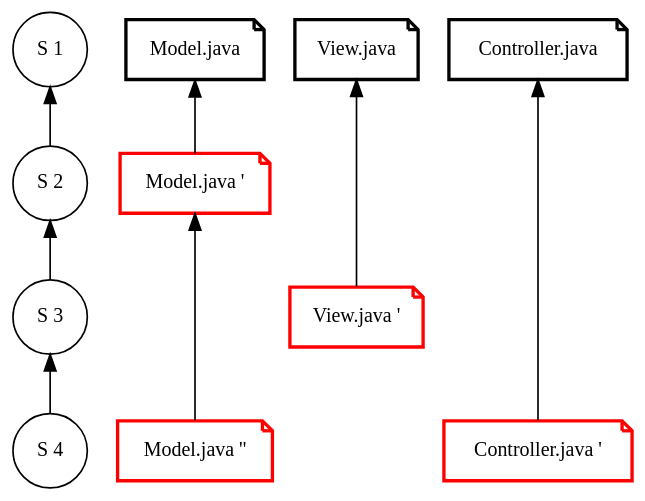
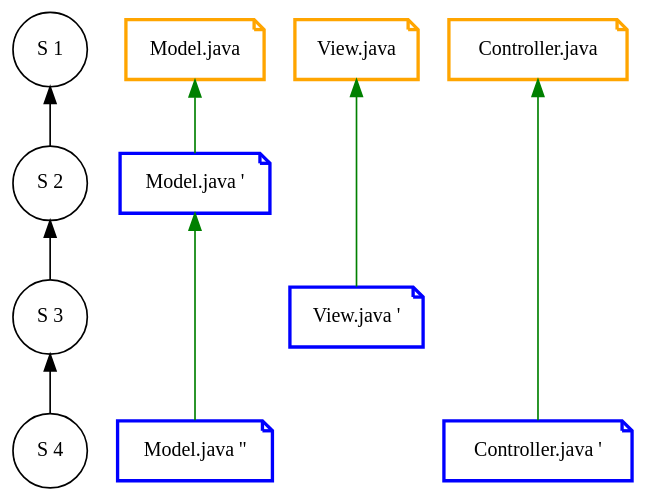
Before and after one commit to Gepardec/git-training: the diagram in slides/intro/src/docs/asciidoc/graphviz/git-data-storage.dot, drawn with Graphviz. The commit also changed 8 other files, not shown here.

```diff
--- a/slides/intro/src/docs/asciidoc/graphviz/git-data-storage.dot
+++ b/slides/intro/src/docs/asciidoc/graphviz/git-data-storage.dot
@@ -1,50 +1,51 @@
 digraph git_branch_model {
   splines=line
   rankdir="TB"
   bgcolor="transparent"
 
   /* Commit node config */
   edge[style="",  arrowhead=open]
   node[style="",  fontsize=12.0, shape=circle]
 
   c_1 [label="S 1"]
   c_2 [label="S 2"]
   c_3 [label="S 3"]
   c_4 [label="S 4"]
 
   c_1 -> c_2 -> c_3 -> c_4 [dir=back]
 
   /* File node config */
   edge[style="",  arrowhead=open, dir=back]
   node[style="",  fontsize=12.0, shape=note]
 
   /* initial nodes */
-  node[style="bold"]
+  node[style="bold",color=orange]
   file_1 [label="Model.java", group="file_1"]
   file_2 [label="View.java", group="file_2"]
   file_3 [label="Controller.java", group="file_3"]
 
   /* changed nodes */
-  node[style="bold", color="red"]
+  node[style="bold", color="blue"]
   file_1_ [label="Model.java '", group="file_1"]
 
   file_2__ [label="View.java '", group="file_2"]
 
   file_1___ [label="Model.java ''", group="file_1"]
   file_3___ [label="Controller.java '", group="file_3"]
 
+  edge[color=green]
   /* 1. Commit */
   file_1 -> file_1_
 
   /* 2. Commit */
   file_2 -> file_2__
 
   /* 3. Commit */
   file_1_ -> file_1___
   file_3 -> file_3___
 
   {rank=same; c_1 file_3 file_2 file_1}
   {rank=same; c_2 file_1_}
   {rank=same; c_3 file_2__}
   {rank=same; c_4 file_1___ file_3___}
 }
```
